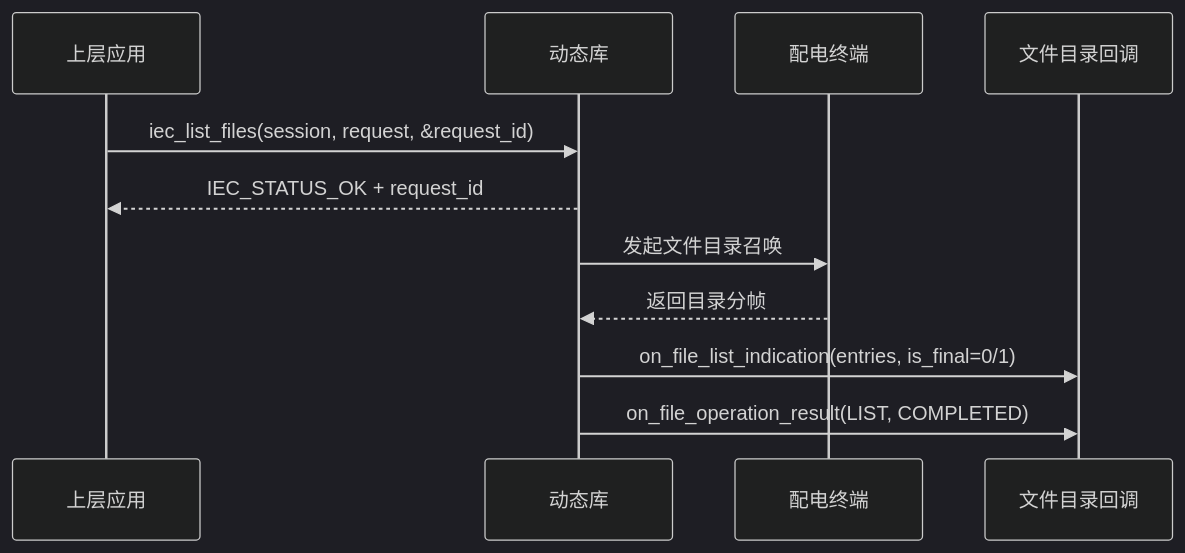
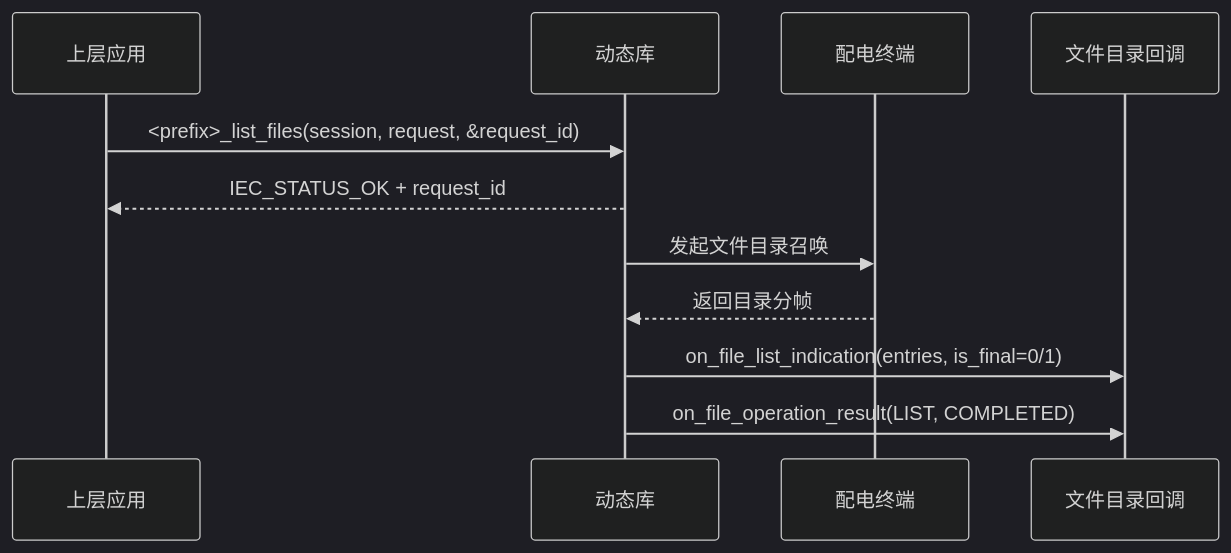
The tenth of 20 diagrams in doc/api/dtu_unified_maintenance_sdk_api_design.md (CcooLcyy/gw-protocol-sdk), drawn with Mermaid (dark theme) before and after one commit. The commit also changed other lines of this file and 4 other files, not shown here.

````diff
--- a/doc/api/dtu_unified_maintenance_sdk_api_design.md
+++ b/doc/api/dtu_unified_maintenance_sdk_api_design.md
@@ -1887,14 +2294,14 @@
 ```mermaid
 sequenceDiagram
     participant 应用 as 上层应用
     participant 库 as 动态库
     participant 终端 as 配电终端
     participant 回调 as 文件目录回调
 
-    应用->>库: iec_list_files(session, request, &request_id)
+    应用->>库: <prefix>_list_files(session, request, &request_id)
     库-->>应用: IEC_STATUS_OK + request_id
     库->>终端: 发起文件目录召唤
     终端-->>库: 返回目录分帧
     库->>回调: on_file_list_indication(entries, is_final=0/1)
     库->>回调: on_file_operation_result(LIST, COMPLETED)
 ```
````
